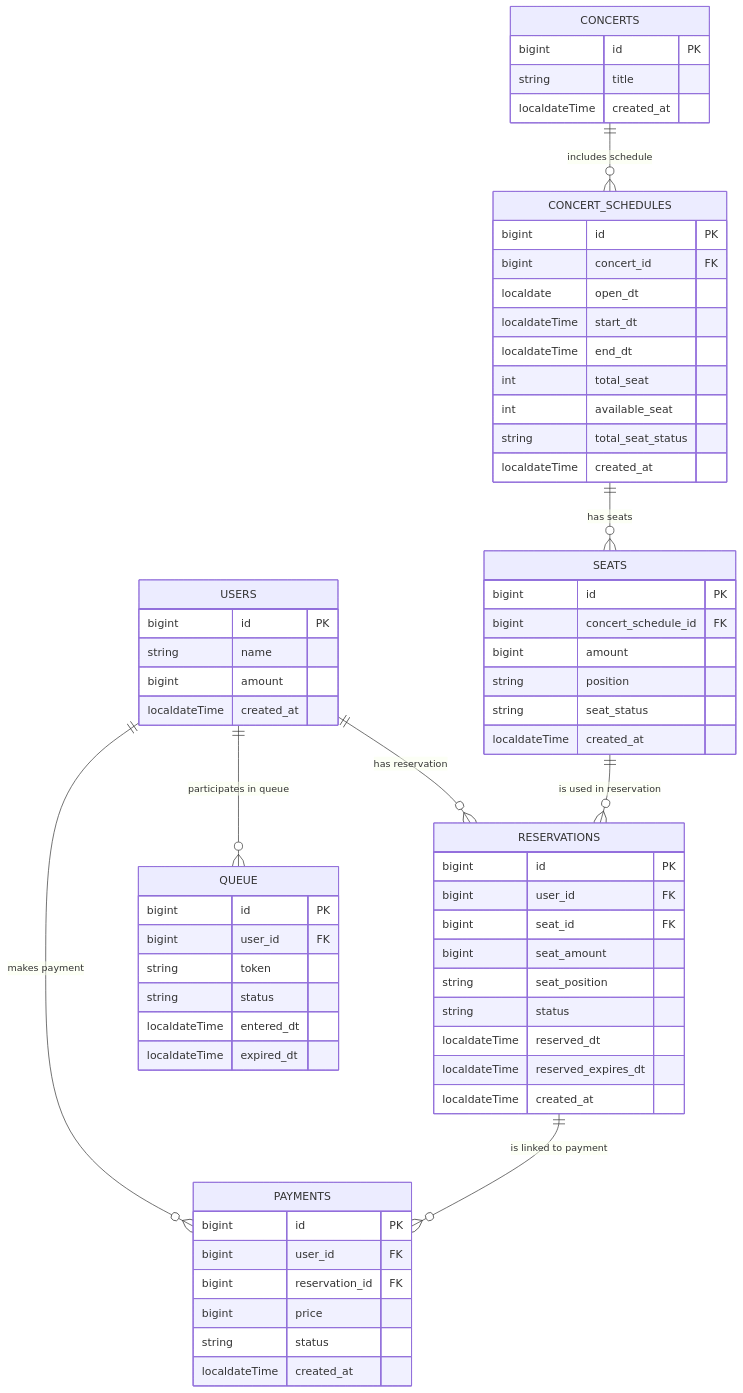
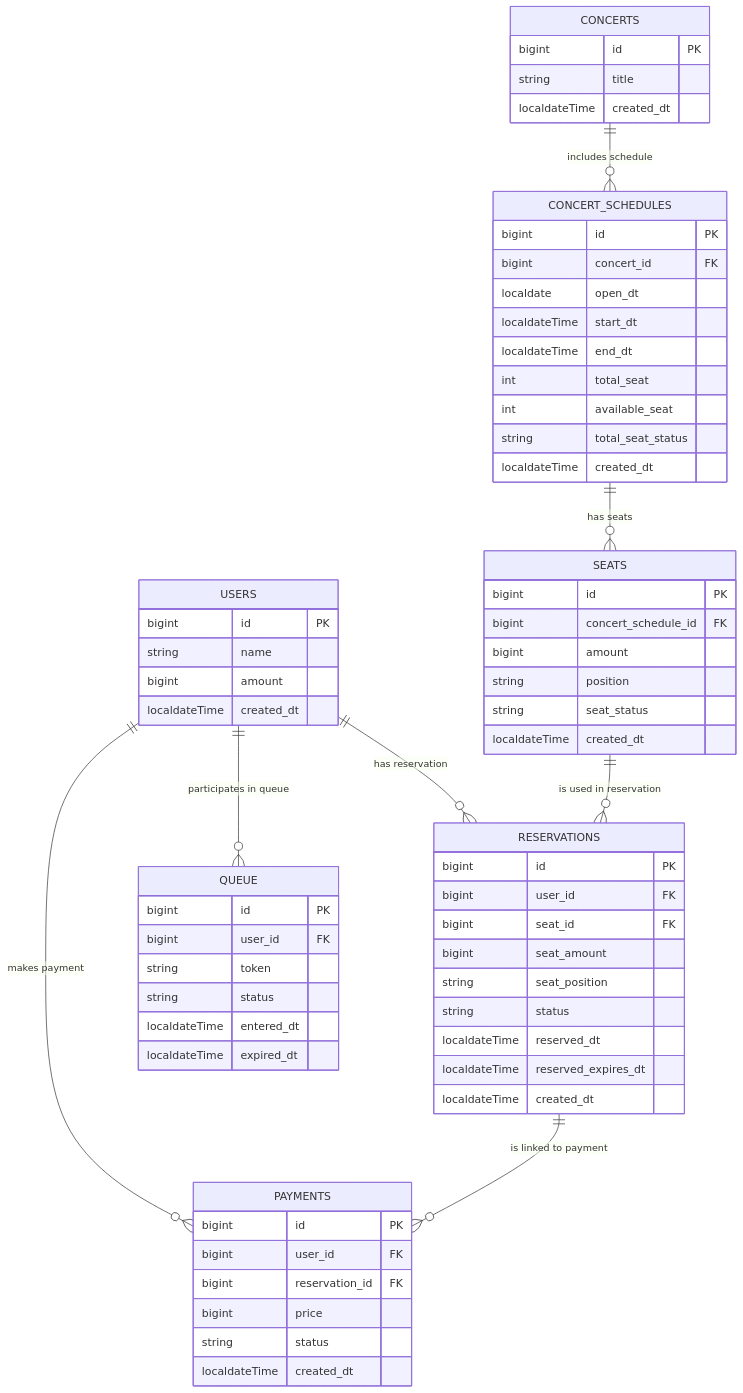
One commit to JEONGBEOMKO/hhplus-concert changed the diagram in hhplus-concert/src/docs/erd.md. Above: the diagram before and after it, drawn with Mermaid. The commit also changed other lines of this file, not shown here.

````diff
--- a/hhplus-concert/src/docs/erd.md
+++ b/hhplus-concert/src/docs/erd.md
@@ -1,82 +1,82 @@
 ```mermaid
 erDiagram
 %% Users 테이블: 사용자 정보 및 잔액 관리
     USERS {
         bigint id PK
         string name
         bigint amount
-        localdateTime created_at
+        localdateTime created_dt
     }
 
 %% Concerts 테이블: 콘서트 정보 관리
     CONCERTS {
         bigint id PK
         string title
-        localdateTime created_at
+        localdateTime created_dt
     }
 
 %% Concert Schedules 테이블: 콘서트 일정 정보 관리
     CONCERT_SCHEDULES {
         bigint id PK
         bigint concert_id FK
         localdate open_dt
         localdateTime start_dt
         localdateTime end_dt
         int total_seat
         int available_seat
         string total_seat_status
-        localdateTime created_at
+        localdateTime created_dt
     }
 
 %% Seats 테이블: 콘서트 좌석 정보 관리
     SEATS {
         bigint id PK
         bigint concert_schedule_id FK
         bigint amount
         string position
         string seat_status
-        localdateTime created_at
+        localdateTime created_dt
     }
 
 %% Reservations 테이블: 예약 정보 관리
     RESERVATIONS {
         bigint id PK
         bigint user_id FK
         bigint seat_id FK
         bigint seat_amount
         string seat_position
         string status
         localdateTime reserved_dt
         localdateTime reserved_expires_dt
-        localdateTime created_at
+        localdateTime created_dt
     }
 
 %% Queue 테이블: 대기열 관리
     QUEUE {
         bigint id PK
         bigint user_id FK
         string token
         string status
         localdateTime entered_dt
         localdateTime expired_dt
     }
 
 %% Payments 테이블: 결제 정보 관리
     PAYMENTS {
         bigint id PK
         bigint user_id FK
         bigint reservation_id FK
         bigint price
         string status
-        localdateTime created_at
+        localdateTime created_dt
     }
 
 %% 테이블 간 관계
     USERS ||--o{ RESERVATIONS : "has reservation"
     CONCERTS ||--o{ CONCERT_SCHEDULES : "includes schedule"
     CONCERT_SCHEDULES ||--o{ SEATS : "has seats"
     SEATS ||--o{ RESERVATIONS : "is used in reservation"
     RESERVATIONS ||--o{ PAYMENTS : "is linked to payment"
     USERS ||--o{ QUEUE : "participates in queue"
     USERS ||--o{ PAYMENTS : "makes payment"
 ```
````
